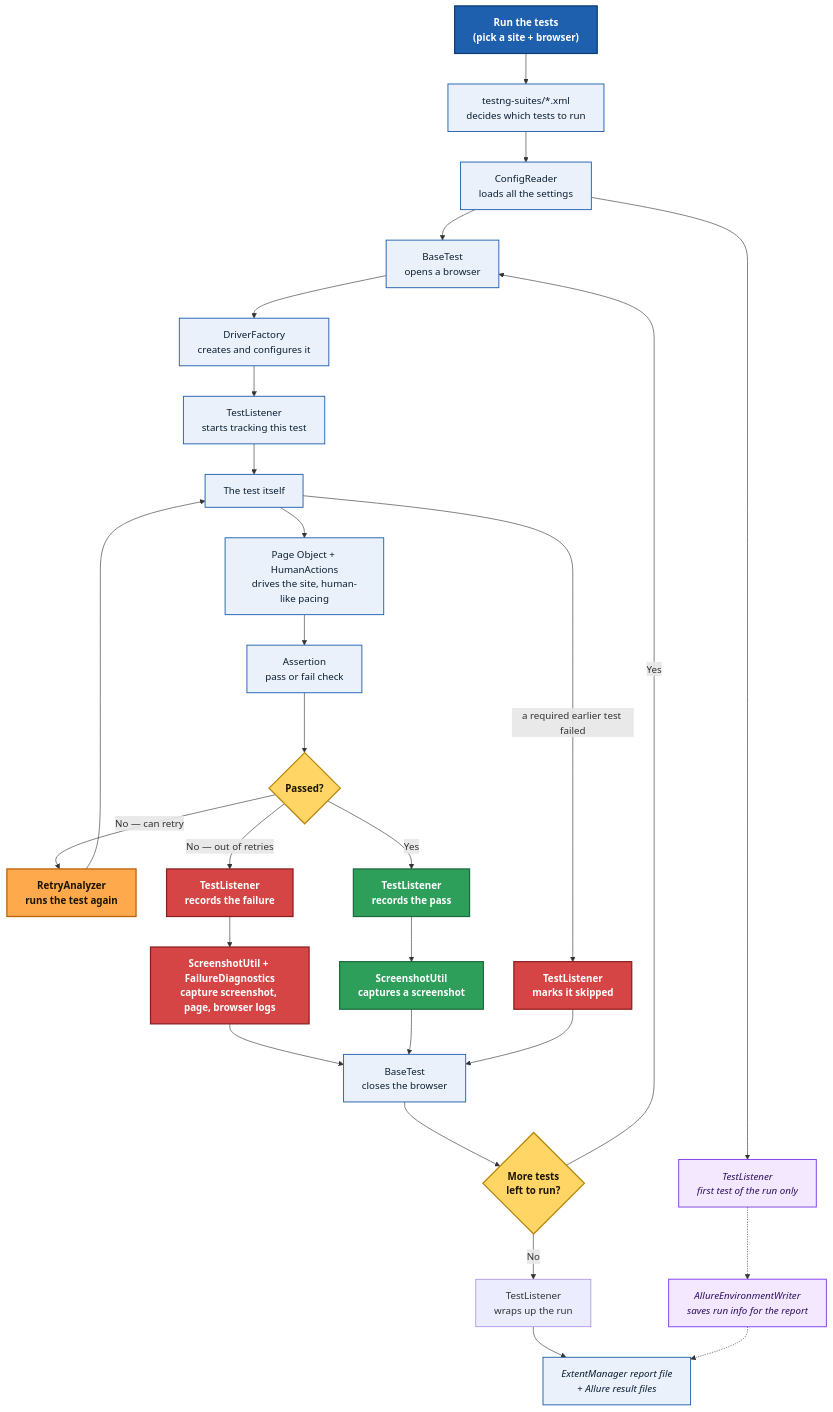
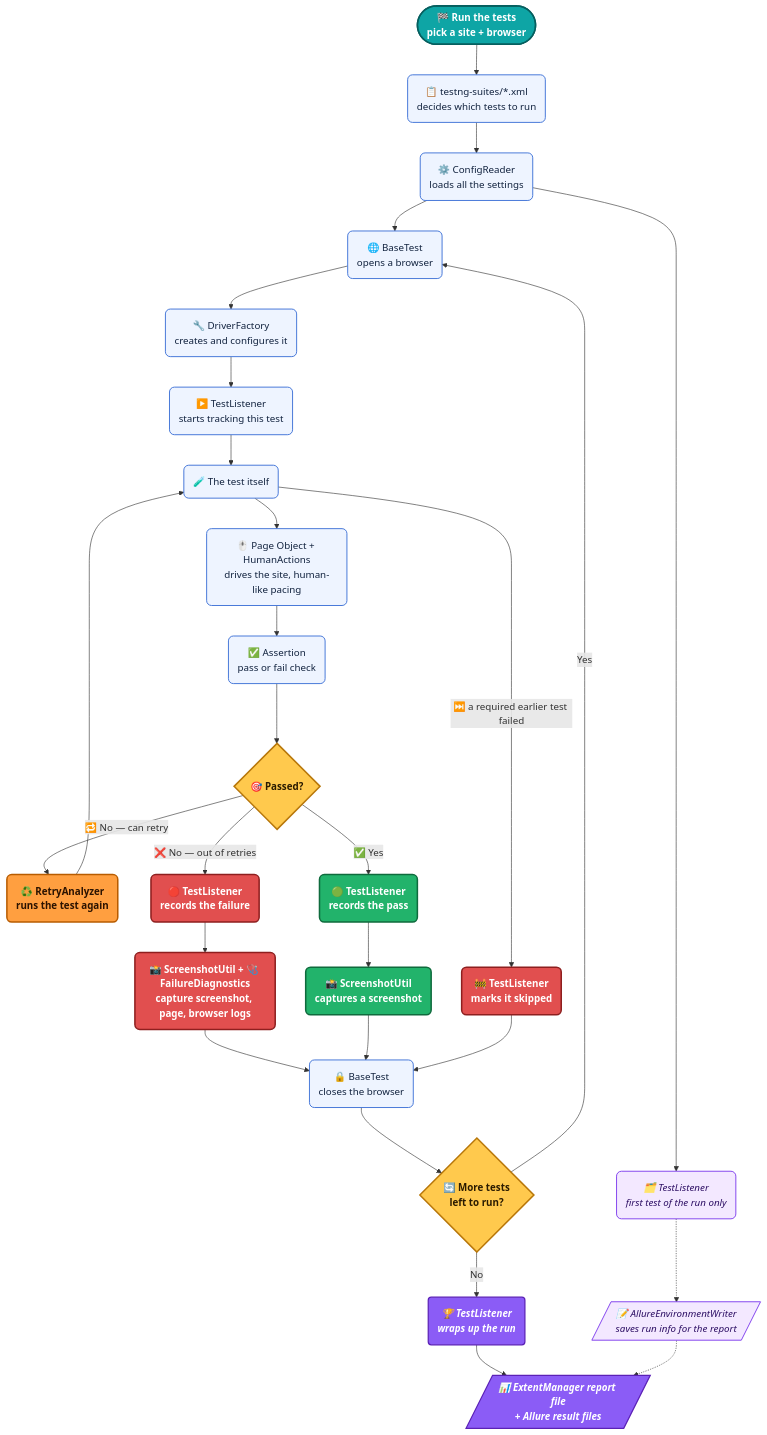
One commit to amitthakor2510-wq/selenium-automation-framework-Advanced changed the first of 2 diagrams in README.md. Above: the diagram before and after it, drawn with Mermaid. The commit also changed other lines of this file and 1 other file, not shown here.

Commit message:
Overhaul README (accurate structure, keyword/data-driven docs, enhanced flowcharts), add missing MIT LICENSE

````diff
--- a/README.md
+++ b/README.md
@@ -104,55 +116,55 @@
 ```mermaid
 flowchart TD
-    A["Run the tests<br/>(pick a site + browser)"] --> B["testng-suites/*.xml<br/>decides which tests to run"]
-    B --> C["ConfigReader<br/>loads all the settings"]
-    C --> ONCE["TestListener<br/>first test of the run only"]
-    ONCE -.-> ENV["AllureEnvironmentWriter<br/>saves run info for the report"]
+    A(["🏁 Run the tests<br/>pick a site + browser"]) --> B("📋 testng-suites/*.xml<br/>decides which tests to run")
+    B --> C("⚙️ ConfigReader<br/>loads all the settings")
+    C --> ONCE("🗂️ TestListener<br/>first test of the run only")
+    ONCE -.-> ENV[/"📝 AllureEnvironmentWriter<br/>saves run info for the report"/]
 
-    C --> D["BaseTest<br/>opens a browser"]
-    D --> E["DriverFactory<br/>creates and configures it"]
-    E --> F["TestListener<br/>starts tracking this test"]
-    F --> G["The test itself"]
+    C --> D("🌐 BaseTest<br/>opens a browser")
+    D --> E("🔧 DriverFactory<br/>creates and configures it")
+    E --> F("▶️ TestListener<br/>starts tracking this test")
+    F --> G("🧪 The test itself")
 
-    G -- "a required earlier test failed" --> SK["TestListener<br/>marks it skipped"]
+    G -- "⏭️ a required earlier test failed" --> SK("🚧 TestListener<br/>marks it skipped")
 
-    G --> H["Page Object + HumanActions<br/>drives the site, human-like pacing"]
-    H --> I["Assertion<br/>pass or fail check"]
-    I --> J{"Passed?"}
+    G --> H("🖱️ Page Object + HumanActions<br/>drives the site, human-like pacing")
+    H --> I("✅ Assertion<br/>pass or fail check")
+    I --> J{"🎯 Passed?"}
 
-    J -- "No — can retry" --> RT["RetryAnalyzer<br/>runs the test again"]
+    J -- "🔁 No — can retry" --> RT("♻️ RetryAnalyzer<br/>runs the test again")
     RT --> G
 
-    J -- "No — out of retries" --> L["TestListener<br/>records the failure"]
-    L --> L1["ScreenshotUtil + FailureDiagnostics<br/>capture screenshot, page, browser logs"]
+    J -- "❌ No — out of retries" --> L("🔴 TestListener<br/>records the failure")
+    L --> L1("📸 ScreenshotUtil + 🩺 FailureDiagnostics<br/>capture screenshot, page, browser logs")
 
-    J -- "Yes" --> M["TestListener<br/>records the pass"]
-    M --> M1["ScreenshotUtil<br/>captures a screenshot"]
+    J -- "✅ Yes" --> M("🟢 TestListener<br/>records the pass")
+    M --> M1("📸 ScreenshotUtil<br/>captures a screenshot")
 
-    L1 --> N["BaseTest<br/>closes the browser"]
+    L1 --> N("🔒 BaseTest<br/>closes the browser")
     M1 --> N
     SK --> N
 
-    N --> P{"More tests<br/>left to run?"}
+    N --> P{"🔄 More tests<br/>left to run?"}
     P -- "Yes" --> D
-    P -- "No" --> Q["TestListener<br/>wraps up the run"]
-    Q --> R["ExtentManager report file<br/>+ Allure result files"]
+    P -- "No" --> Q("🏆 TestListener<br/>wraps up the run")
+    Q --> R[/"📊 ExtentManager report file<br/>+ Allure result files"/]
     ENV -.-> R
 
-    classDef start fill:#1E5FAE,stroke:#0B3C74,stroke-width:2px,color:#FFFFFF,font-weight:bold
-    classDef step fill:#EAF1FB,stroke:#1E5FAE,stroke-width:1.5px,color:#0B1F33
-    classDef decision fill:#FFD666,stroke:#B8860B,stroke-width:2px,color:#1A1300,font-weight:bold
-    classDef pass fill:#2E9E5B,stroke:#1B6B3C,stroke-width:2px,color:#FFFFFF,font-weight:bold
-    classDef fail fill:#D64545,stroke:#8C1D1D,stroke-width:2px,color:#FFFFFF,font-weight:bold
-    classDef retry fill:#FFA94D,stroke:#B85C00,stroke-width:2px,color:#1A1300,font-weight:bold
-    classDef report fill:#EAF1FB,stroke:#1E5FAE,stroke-width:1.5px,color:#0B1F33,font-style:italic
-    classDef once fill:#F3E8FF,stroke:#7C3AED,stroke-width:1.5px,color:#2E1065,font-style:italic
+    classDef start fill:#0EA5A5,stroke:#065F5F,stroke-width:2.5px,color:#FFFFFF,font-weight:bold,rx:20,ry:20
+    classDef step fill:#EEF4FF,stroke:#3B6FD6,stroke-width:1.5px,color:#12233F,rx:8,ry:8
+    classDef decision fill:#FFC94D,stroke:#B8770A,stroke-width:2.5px,color:#2B1B00,font-weight:bold
+    classDef pass fill:#22B36B,stroke:#0F6B3D,stroke-width:2.5px,color:#FFFFFF,font-weight:bold,rx:8,ry:8
+    classDef fail fill:#E14F4F,stroke:#8E1F1F,stroke-width:2.5px,color:#FFFFFF,font-weight:bold,rx:8,ry:8
+    classDef retry fill:#FF9F40,stroke:#B85C00,stroke-width:2.5px,color:#2B1300,font-weight:bold,rx:8,ry:8
+    classDef report fill:#8B5CF6,stroke:#5B21B6,stroke-width:2px,color:#FFFFFF,font-style:italic,font-weight:bold
+    classDef once fill:#F3E8FF,stroke:#7C3AED,stroke-width:1.5px,color:#2E1065,font-style:italic,rx:8,ry:8
 
     class A start
     class B,C,D,E,F,G,H,I,N step
     class J,P decision
     class M,M1 pass
     class L,L1,SK fail
     class RT retry
-    class R report
+    class R,Q report
     class ONCE,ENV once
 ```
````
